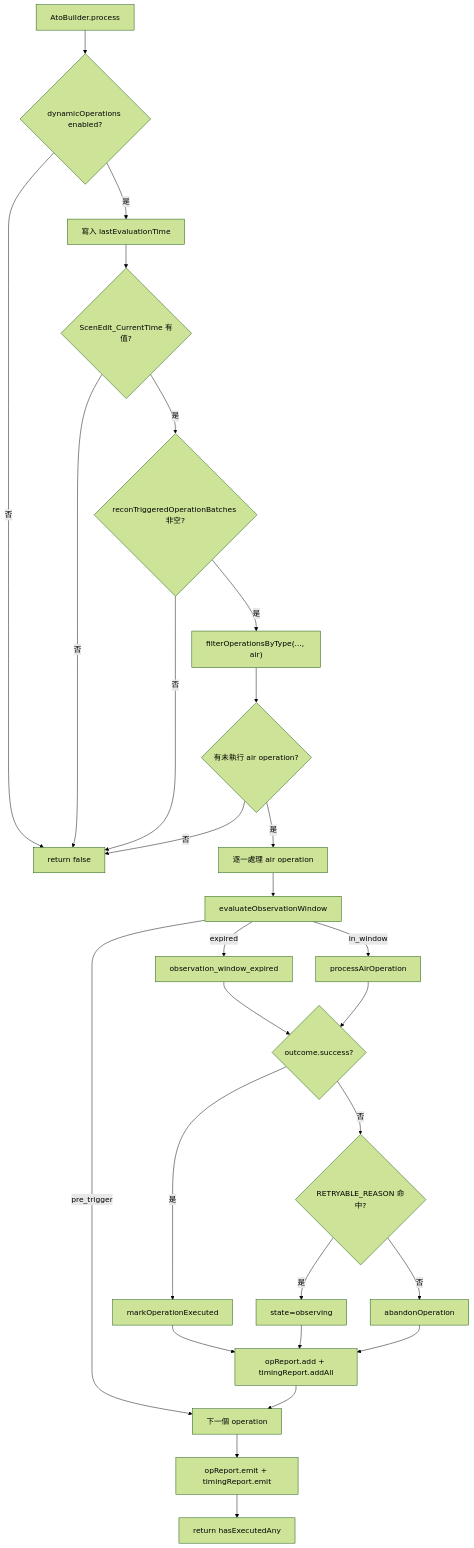
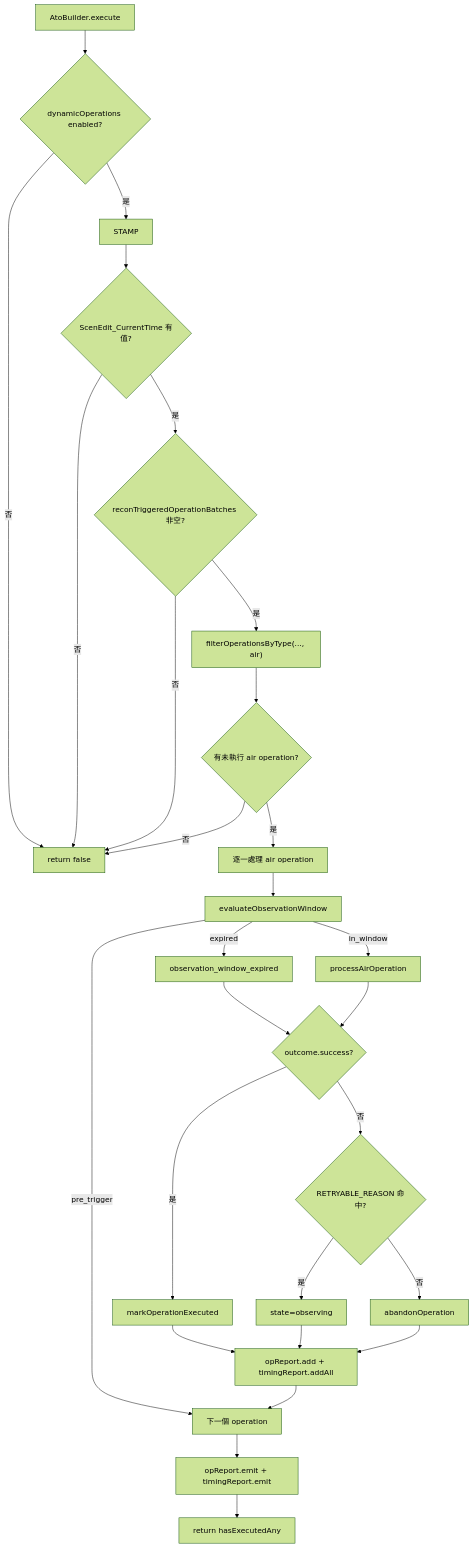
The first of 2 diagrams in docs/strikePlanner/atoBuilder.md (pullupjumper/formosa-in-flames), drawn with Mermaid (forest theme) before and after one commit. The commit also changed other lines of this file and 8 other files, not shown here.

First line of the commit message:
refactor(strikePlanner): remove lastEvaluationTime and consolidate pass-scoped caches

````diff
--- a/docs/strikePlanner/atoBuilder.md
+++ b/docs/strikePlanner/atoBuilder.md
@@ -23,42 +23,41 @@
 ```mermaid
 flowchart TD
-    ENTRY["AtoBuilder.process"]
+    ENTRY["AtoBuilder.execute"]
     ENABLED{"dynamicOperations enabled?"}
-    STAMP["寫入 lastEvaluationTime"]
     HAS_TIME{"ScenEdit_CurrentTime 有值?"}
     HAS_BATCH{"reconTriggeredOperationBatches 非空?"}
     FILTER["filterOperationsByType(..., air)"]
     HAS_AIR{"有未執行 air operation?"}
     LOOP["逐一處理 air operation"]
     WINDOW["evaluateObservationWindow"]
     EXPIRED["observation_window_expired"]
     PROCESS["processAirOperation"]
     DISPATCH{"outcome.success?"}
     MARK["markOperationExecuted"]
     RETRYABLE{"RETRYABLE_REASON 命中?"}
     OBSERVE["state=observing"]
     ABANDON["abandonOperation"]
     ADD_ROW["opReport.add + timingReport.addAll"]
     NEXT["下一個 operation"]
     EMIT["opReport.emit + timingReport.emit"]
     RETURN["return hasExecutedAny"]
     STOP["return false"]
 
     ENTRY --> ENABLED
     ENABLED -->|否| STOP
     ENABLED -->|是| STAMP --> HAS_TIME
     HAS_TIME -->|否| STOP
     HAS_TIME -->|是| HAS_BATCH
     HAS_BATCH -->|否| STOP
     HAS_BATCH -->|是| FILTER --> HAS_AIR
     HAS_AIR -->|否| STOP
     HAS_AIR -->|是| LOOP --> WINDOW
     WINDOW -->|pre_trigger| NEXT
     WINDOW -->|expired| EXPIRED --> DISPATCH
     WINDOW -->|in_window| PROCESS --> DISPATCH
     DISPATCH -->|是| MARK --> ADD_ROW
     DISPATCH -->|否| RETRYABLE
     RETRYABLE -->|是| OBSERVE --> ADD_ROW
     RETRYABLE -->|否| ABANDON --> ADD_ROW
     ADD_ROW --> NEXT --> EMIT --> RETURN
 ```
````
